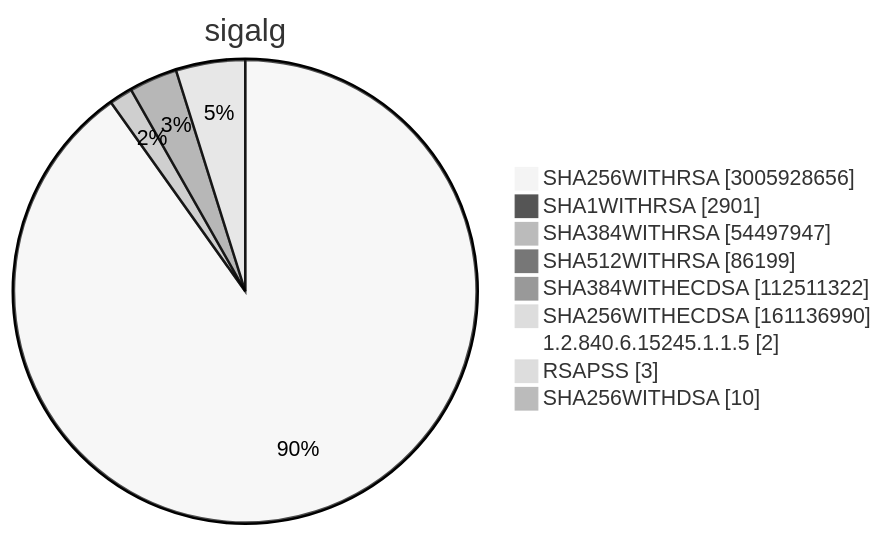
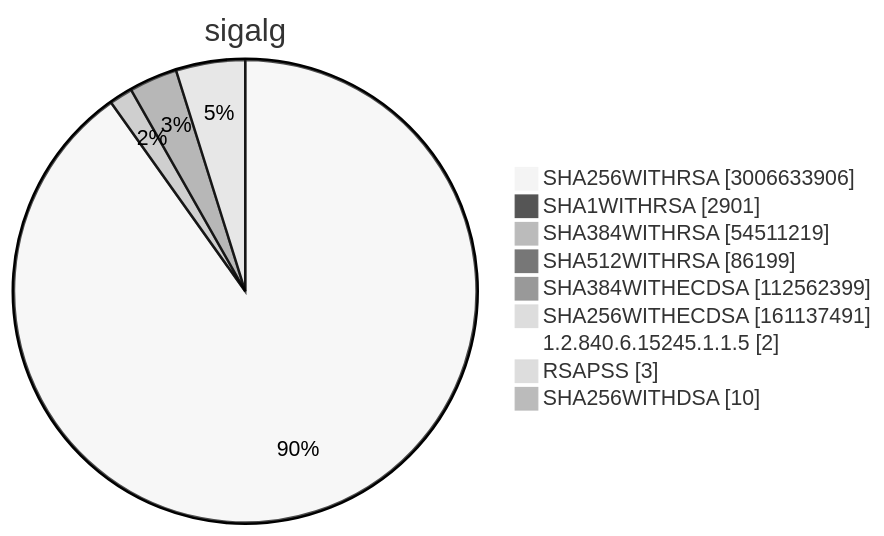
Diagram 15 of 15 in TOTAL/README.md (christiankrug/ctmonitor_visualization), drawn with Mermaid (neutral theme) before and after one commit. The commit also changed other lines of this file, not shown here.

````diff
--- a/TOTAL/README.md
+++ b/TOTAL/README.md
@@ -6208,13 +6208,13 @@
 ```mermaid
 pie showData
 title sigalg
-"SHA256WITHRSA" :3005928656
+"SHA256WITHRSA" :3006633906
 "SHA1WITHRSA" :2901
-"SHA384WITHRSA" :54497947
+"SHA384WITHRSA" :54511219
 "SHA512WITHRSA" :86199
-"SHA384WITHECDSA" :112511322
-"SHA256WITHECDSA" :161136990
+"SHA384WITHECDSA" :112562399
+"SHA256WITHECDSA" :161137491
 "1.2.840.6.15245.1.1.5" :2
 "RSAPSS" :3
 "SHA256WITHDSA" :10
 ```
````
